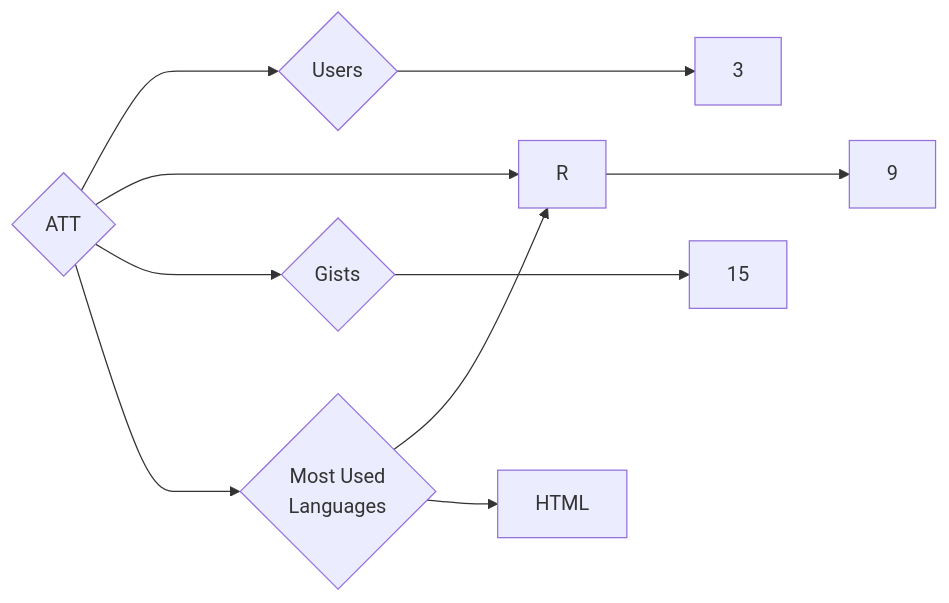
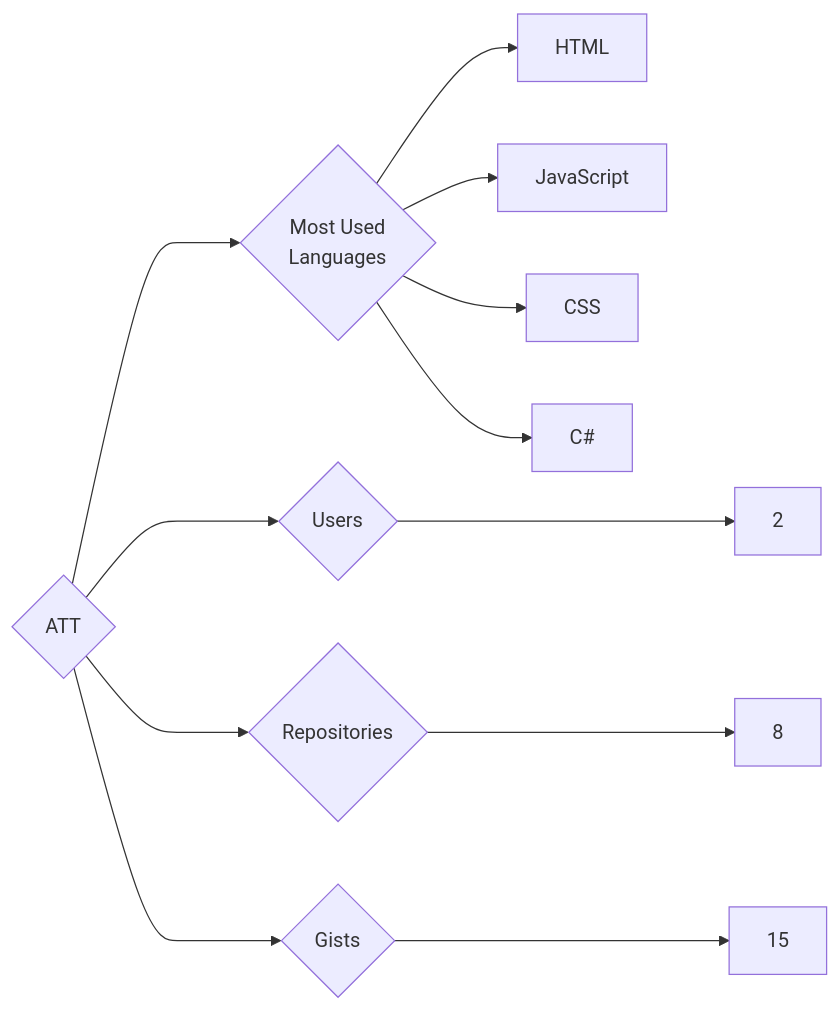
Before and after one commit to trickest/insiders: the diagram in targets/ATT/README.md, drawn with Mermaid. The commit also changed 1078 other files, not shown here.

````diff
--- a/targets/ATT/README.md
+++ b/targets/ATT/README.md
@@ -3,10 +3,12 @@
 ```mermaid
 graph LR
 COMPANY_NAME{ATT}
-COMPANY_NAME ---> U{Users} ---> UN[3]
-COMPANY_NAME ---> R{Repositories} ---> RN[9]
+COMPANY_NAME ---> U{Users} ---> UN[2]
+COMPANY_NAME ---> R{Repositories} ---> RN[8]
 COMPANY_NAME ---> G{Gists} ---> GN[15]
 COMPANY_NAME ---> ML{Most Used<br>Languages}
-ML --> R[R]
 ML --> HTML[HTML]
+ML --> JavaScript[JavaScript]
+ML --> CSS[CSS]
+ML --> C#[C#]
 ```
````
